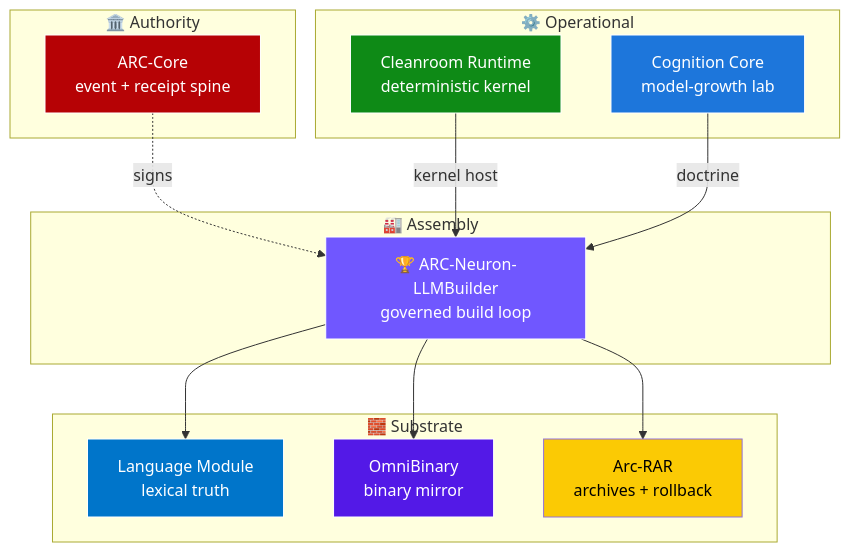
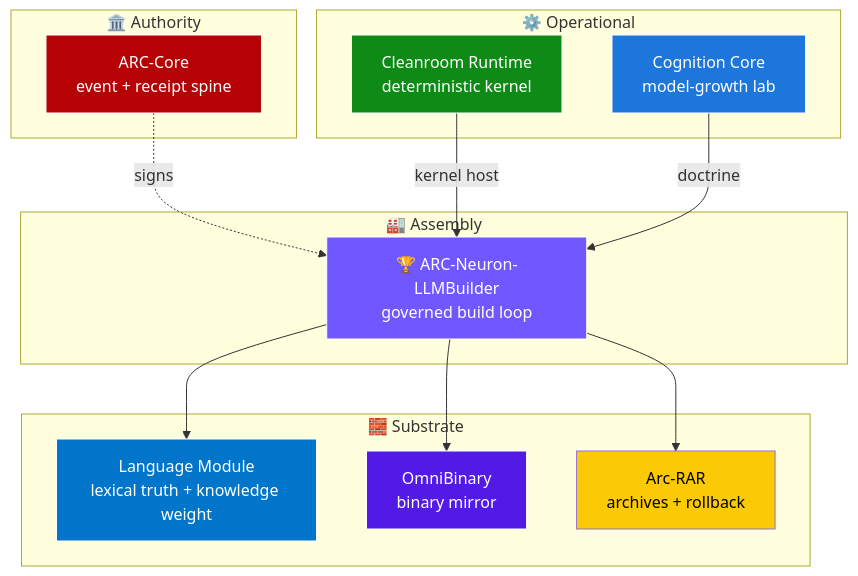
The second of 4 diagrams in README.md (GareBear99/ARC-Neuron-LLMBuilder), drawn with Mermaid before and after one commit. The commit also changed other lines of this file, not shown here.

````diff
--- a/README.md
+++ b/README.md
@@ -202,33 +214,33 @@
 ```mermaid
 flowchart TB
     subgraph authority ["🏛️ Authority"]
         AC[ARC-Core<br/>event + receipt spine]
     end
     subgraph ops ["⚙️ Operational"]
         CR[Cleanroom Runtime<br/>deterministic kernel]
         CC[Cognition Core<br/>model-growth lab]
     end
     subgraph assembly ["🏭 Assembly"]
         LLM[🏆 ARC-Neuron-LLMBuilder<br/>governed build loop]
     end
     subgraph substrate ["🧱 Substrate"]
-        LM[Language Module<br/>lexical truth]
+        LM[Language Module<br/>lexical truth + knowledge weight]
         OB[OmniBinary<br/>binary mirror]
         AR[Arc-RAR<br/>archives + rollback]
     end
 
     AC -.signs.-> LLM
     CR -->|kernel host| LLM
     CC -->|doctrine| LLM
     LLM --> LM
     LLM --> OB
     LLM --> AR
 
     style LLM fill:#7057ff,stroke:#fff,color:#fff
     style AC fill:#b60205,stroke:#fff,color:#fff
     style CR fill:#0e8a16,stroke:#fff,color:#fff
     style CC fill:#1d76db,stroke:#fff,color:#fff
     style LM fill:#0075ca,stroke:#fff,color:#fff
     style OB fill:#5319e7,stroke:#fff,color:#fff
     style AR fill:#fbca04,color:#000
 ```
````
